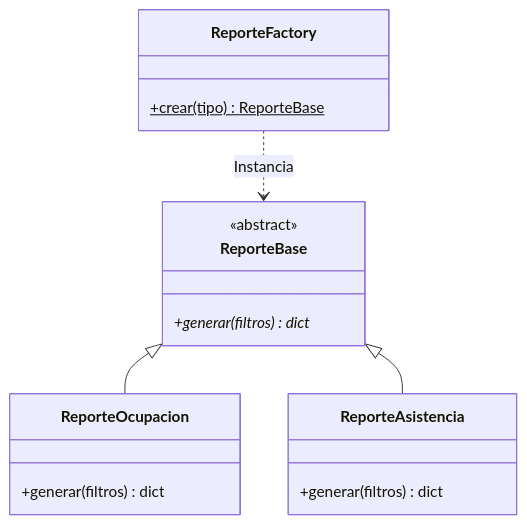
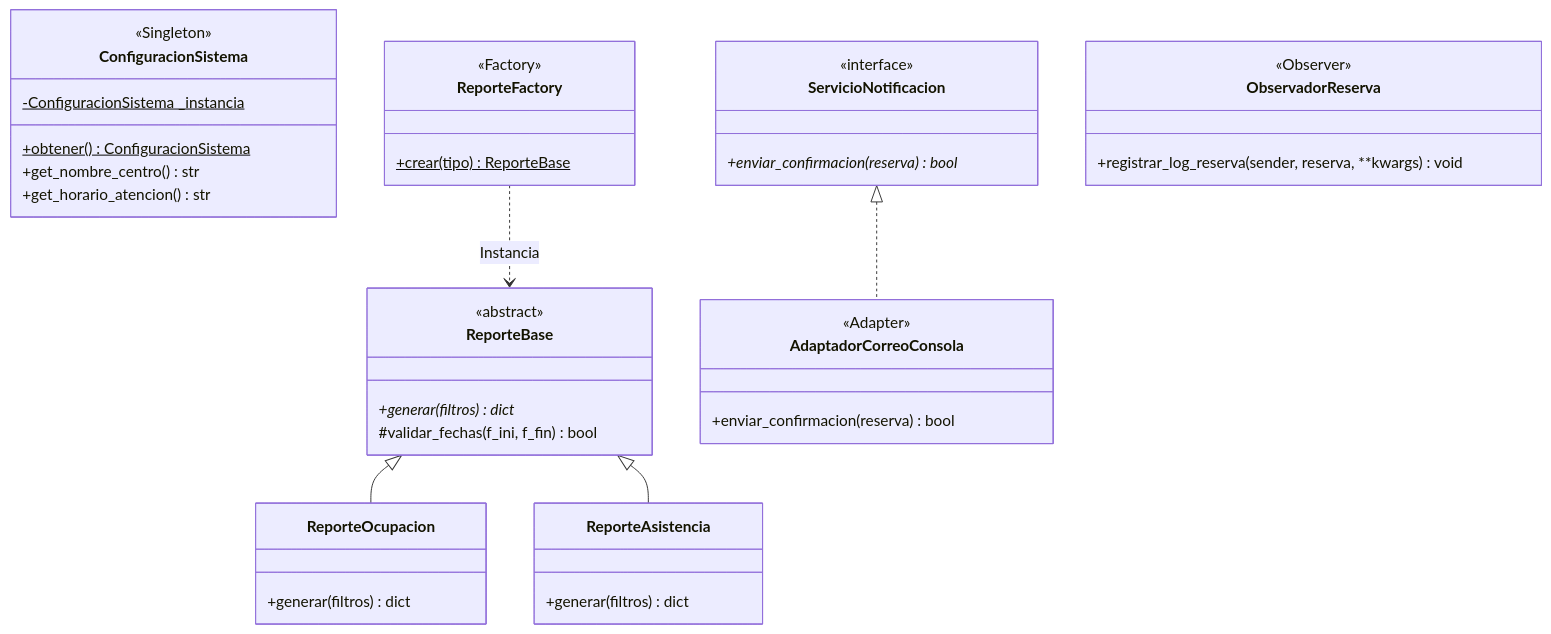
Before and after one commit to BENNYBENJA/gestion-eventos: the fifth of 5 diagrams in docs/INFORME_ACADEMICO_INACAP.md, drawn with Mermaid. The commit also changed other lines of this file and 2 other files, not shown here.

Commit message:
docs(evaluacion): alinear informe con rubrica integral inacap incluyendo diagramas uml cloud y etica juridica

````diff
--- a/docs/INFORME_ACADEMICO_INACAP.md
+++ b/docs/INFORME_ACADEMICO_INACAP.md
@@ -230,19 +274,44 @@
 ```mermaid
 classDiagram
+    class ConfiguracionSistema {
+        -ConfiguracionSistema _instancia$
+        +obtener()$ ConfiguracionSistema
+        +get_nombre_centro() str
+        +get_horario_atencion() str
+    }
+    <<Singleton>> ConfiguracionSistema
+
     class ReporteBase {
         <<abstract>>
         +generar(filtros) dict*
+        #validar_fechas(f_ini, f_fin) bool
     }
     class ReporteOcupacion {
         +generar(filtros) dict
     }
     class ReporteAsistencia {
         +generar(filtros) dict
     }
     class ReporteFactory {
         +crear(tipo) ReporteBase$
     }
+    <<Factory>> ReporteFactory
     ReporteBase <|-- ReporteOcupacion
     ReporteBase <|-- ReporteAsistencia
     ReporteFactory ..> ReporteBase : Instancia
+
+    class ServicioNotificacion {
+        <<interface>>
+        +enviar_confirmacion(reserva) bool*
+    }
+    class AdaptadorCorreoConsola {
+        +enviar_confirmacion(reserva) bool
+    }
+    <<Adapter>> AdaptadorCorreoConsola
+    ServicioNotificacion <|.. AdaptadorCorreoConsola
+
+    class ObservadorReserva {
+        +registrar_log_reserva(sender, reserva, **kwargs) void
+    }
+    <<Observer>> ObservadorReserva
 ```
````
